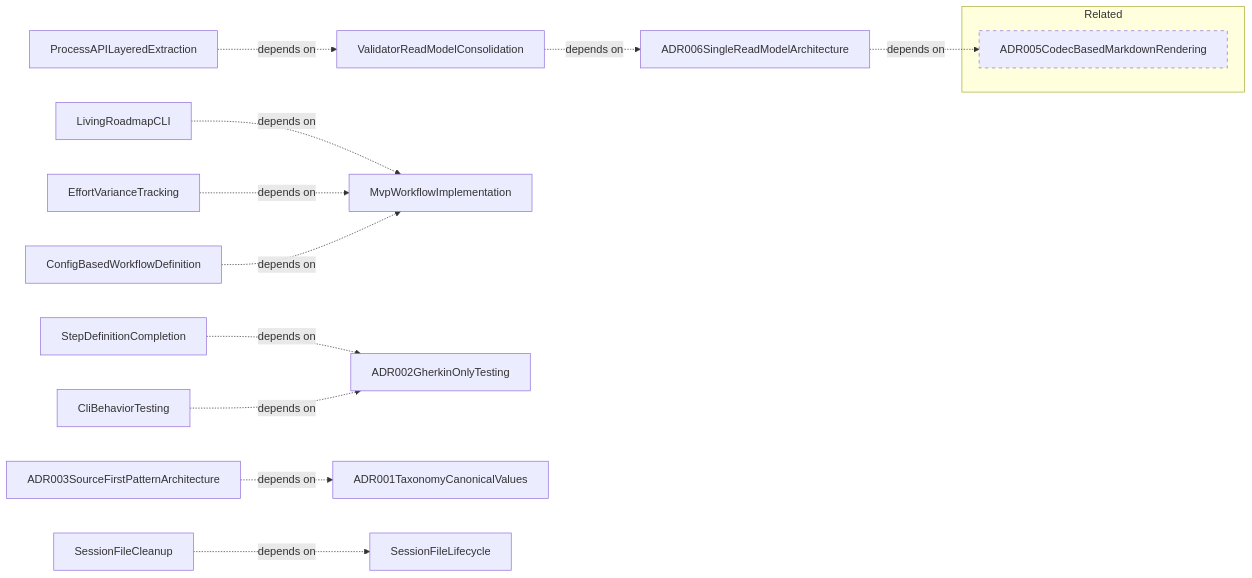
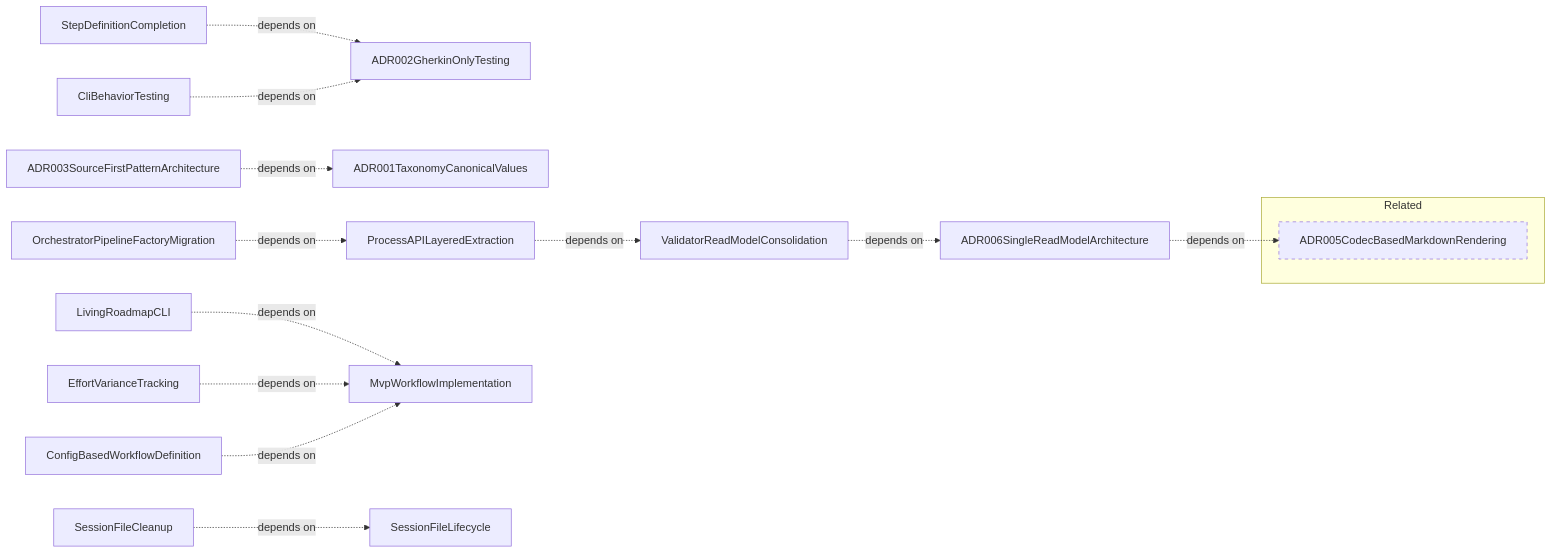
The second of 2 diagrams in docs-live/product-areas/PROCESS.md (libar-dev/architect), drawn with Mermaid before and after one commit. The commit also changed 118 other files, not shown here.

First line of the commit message:
Migrate orchestrator pipeline to shared factory (roadmap→active)

````diff
--- a/docs-live/product-areas/PROCESS.md
+++ b/docs-live/product-areas/PROCESS.md
@@ -173,31 +173,33 @@
 ```mermaid
 graph LR
+    ADR006SingleReadModelArchitecture["ADR006SingleReadModelArchitecture"]
+    ADR003SourceFirstPatternArchitecture["ADR003SourceFirstPatternArchitecture"]
+    ADR002GherkinOnlyTesting["ADR002GherkinOnlyTesting"]
+    ADR001TaxonomyCanonicalValues["ADR001TaxonomyCanonicalValues"]
     ValidatorReadModelConsolidation["ValidatorReadModelConsolidation"]
     StepDefinitionCompletion["StepDefinitionCompletion"]
     SessionFileCleanup["SessionFileCleanup"]
     ProcessAPILayeredExtraction["ProcessAPILayeredExtraction"]
+    OrchestratorPipelineFactoryMigration["OrchestratorPipelineFactoryMigration"]
     MvpWorkflowImplementation["MvpWorkflowImplementation"]
     LivingRoadmapCLI["LivingRoadmapCLI"]
     EffortVarianceTracking["EffortVarianceTracking"]
     ConfigBasedWorkflowDefinition["ConfigBasedWorkflowDefinition"]
     CliBehaviorTesting["CliBehaviorTesting"]
-    ADR006SingleReadModelArchitecture["ADR006SingleReadModelArchitecture"]
-    ADR003SourceFirstPatternArchitecture["ADR003SourceFirstPatternArchitecture"]
-    ADR002GherkinOnlyTesting["ADR002GherkinOnlyTesting"]
-    ADR001TaxonomyCanonicalValues["ADR001TaxonomyCanonicalValues"]
     SessionFileLifecycle["SessionFileLifecycle"]
     subgraph related["Related"]
         ADR005CodecBasedMarkdownRendering["ADR005CodecBasedMarkdownRendering"]:::neighbor
     end
+    ADR006SingleReadModelArchitecture -.->|depends on| ADR005CodecBasedMarkdownRendering
+    ADR003SourceFirstPatternArchitecture -.->|depends on| ADR001TaxonomyCanonicalValues
     ValidatorReadModelConsolidation -.->|depends on| ADR006SingleReadModelArchitecture
     StepDefinitionCompletion -.->|depends on| ADR002GherkinOnlyTesting
     SessionFileCleanup -.->|depends on| SessionFileLifecycle
     ProcessAPILayeredExtraction -.->|depends on| ValidatorReadModelConsolidation
+    OrchestratorPipelineFactoryMigration -.->|depends on| ProcessAPILayeredExtraction
     LivingRoadmapCLI -.->|depends on| MvpWorkflowImplementation
     EffortVarianceTracking -.->|depends on| MvpWorkflowImplementation
     ConfigBasedWorkflowDefinition -.->|depends on| MvpWorkflowImplementation
     CliBehaviorTesting -.->|depends on| ADR002GherkinOnlyTesting
-    ADR006SingleReadModelArchitecture -.->|depends on| ADR005CodecBasedMarkdownRendering
-    ADR003SourceFirstPatternArchitecture -.->|depends on| ADR001TaxonomyCanonicalValues
     classDef neighbor stroke-dasharray: 5 5
 ```
````
